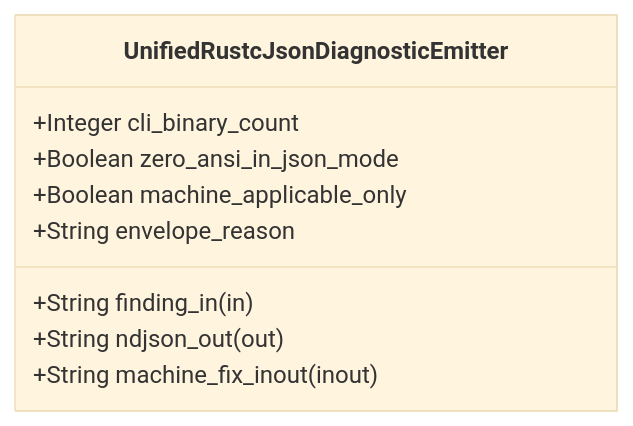
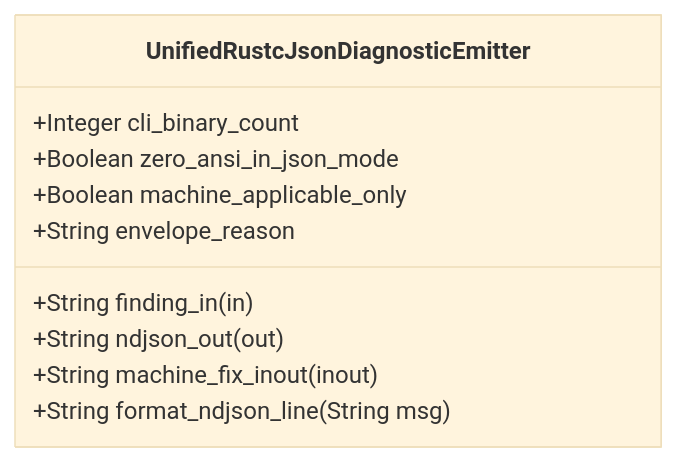
The diagram in .pipeline/upstream/docs/features/FEAT-39-UnifiedRustcJsonDiagnosticEmitter.md (gintatkinson/DEAP01-spec-core), drawn with Mermaid (base theme) before and after one commit. The commit also changed other lines of this file and 225 other files, not shown here.

````diff
--- a/.pipeline/upstream/docs/features/FEAT-39-UnifiedRustcJsonDiagnosticEmitter.md
+++ b/.pipeline/upstream/docs/features/FEAT-39-UnifiedRustcJsonDiagnosticEmitter.md
@@ -16,12 +16,13 @@
 ```mermaid
 classDiagram
     class UnifiedRustcJsonDiagnosticEmitter {
         +String finding_in (in)
         +String ndjson_out (out)
         +String machine_fix_inout (inout)
         +Integer cli_binary_count
         +Boolean zero_ansi_in_json_mode
         +Boolean machine_applicable_only
         +String envelope_reason
+        +String format_ndjson_line(String msg)
     }
 ```
````
